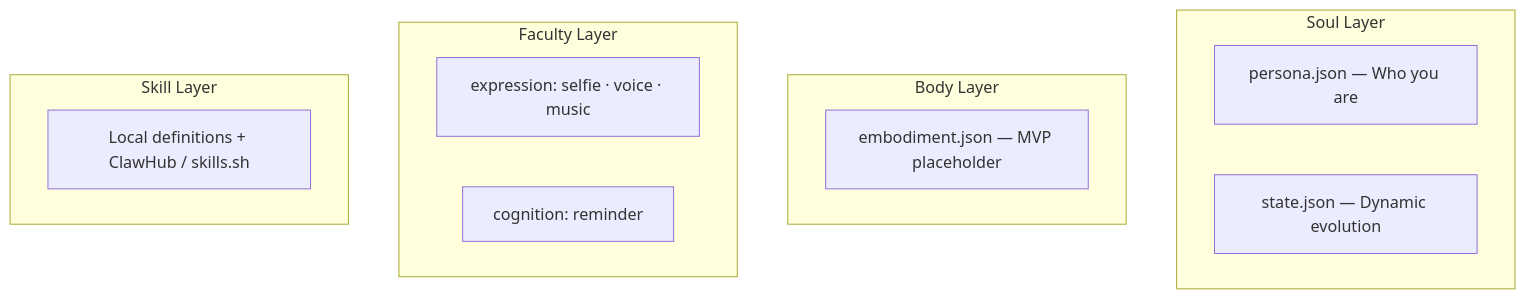
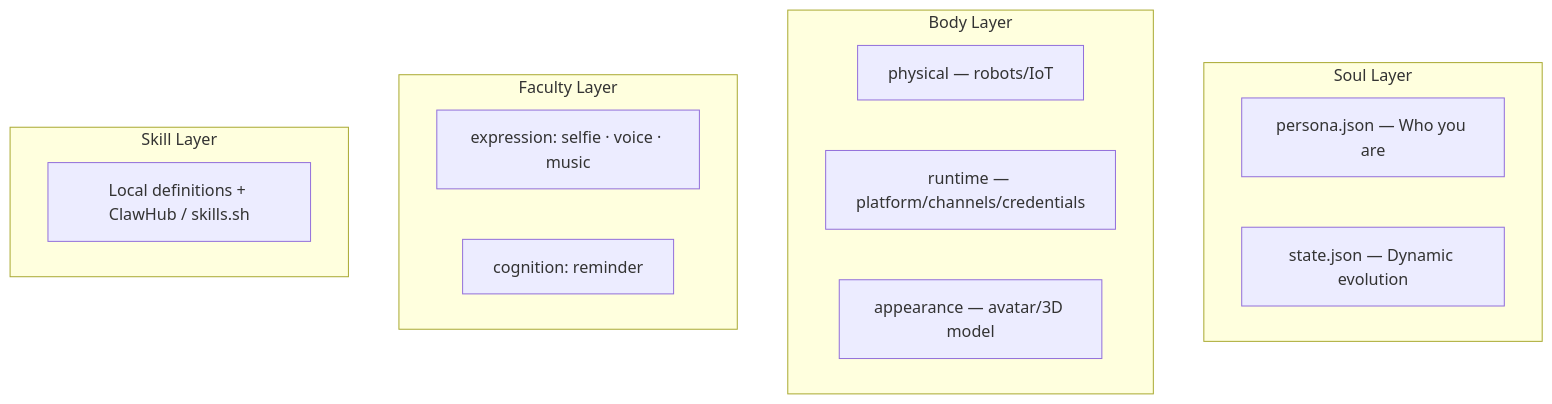
The diagram in README.md (ACNet-AI/OpenPersona), drawn with Mermaid before and after one commit. The commit also changed other lines of this file and 18 other files, not shown here.

````diff
--- a/README.md
+++ b/README.md
@@ -47,17 +47,19 @@
 ```mermaid
 flowchart TB
   subgraph Soul ["Soul Layer"]
     A["persona.json — Who you are"]
     B["state.json — Dynamic evolution"]
   end
   subgraph Body ["Body Layer"]
-    C["embodiment.json — MVP placeholder"]
+    C["physical — robots/IoT"]
+    G["runtime — platform/channels/credentials"]
+    H["appearance — avatar/3D model"]
   end
   subgraph Faculty ["Faculty Layer"]
     D["expression: selfie · voice · music"]
     E["cognition: reminder"]
   end
   subgraph Skill ["Skill Layer"]
     F["Local definitions + ClawHub / skills.sh"]
   end
 ```
````
